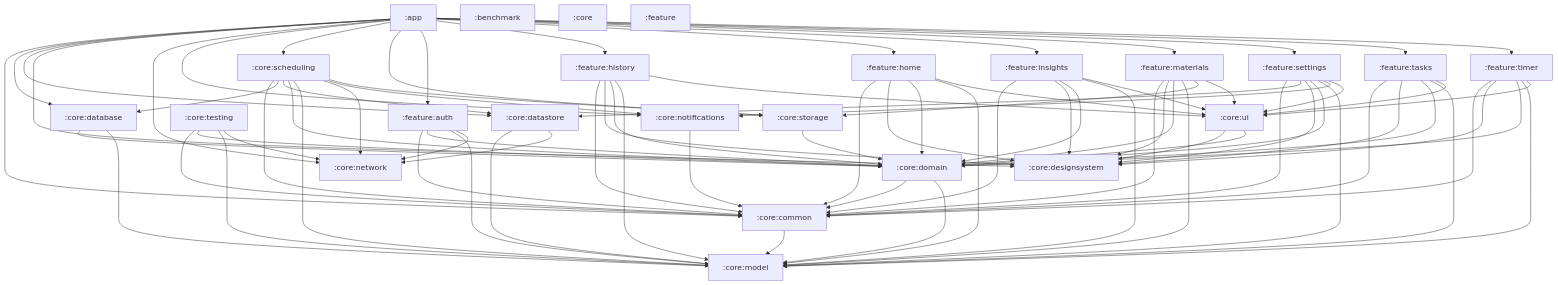
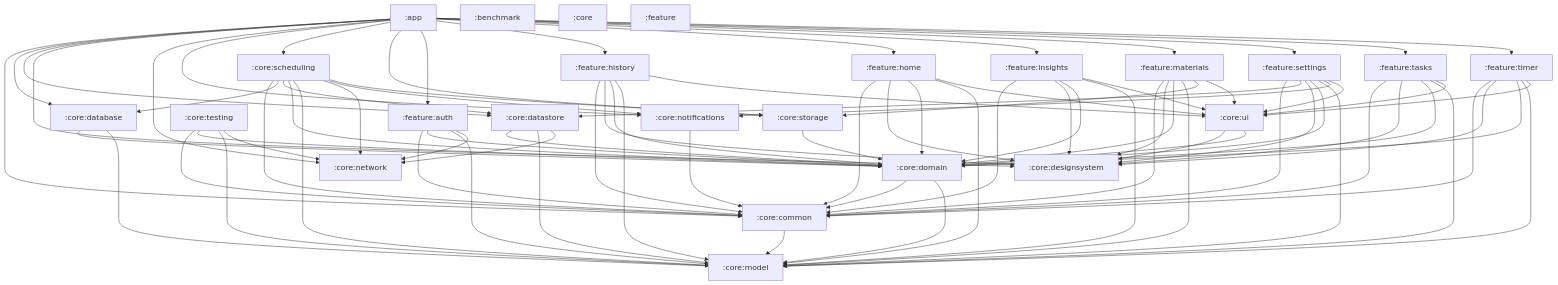
Before and after one commit to konarsubhojit/study-app: the diagram in docs/module-graph.md, drawn with Mermaid. The commit also changed 52 other files, not shown here.

```diff
--- a/docs/module-graph.md
+++ b/docs/module-graph.md
@@ -50,6 +50,7 @@
     core_common --> core_model
     core_database --> core_domain
     core_database --> core_model
+    core_datastore --> core_domain
     core_datastore --> core_model
     core_datastore --> core_network
     core_domain --> core_common
```
